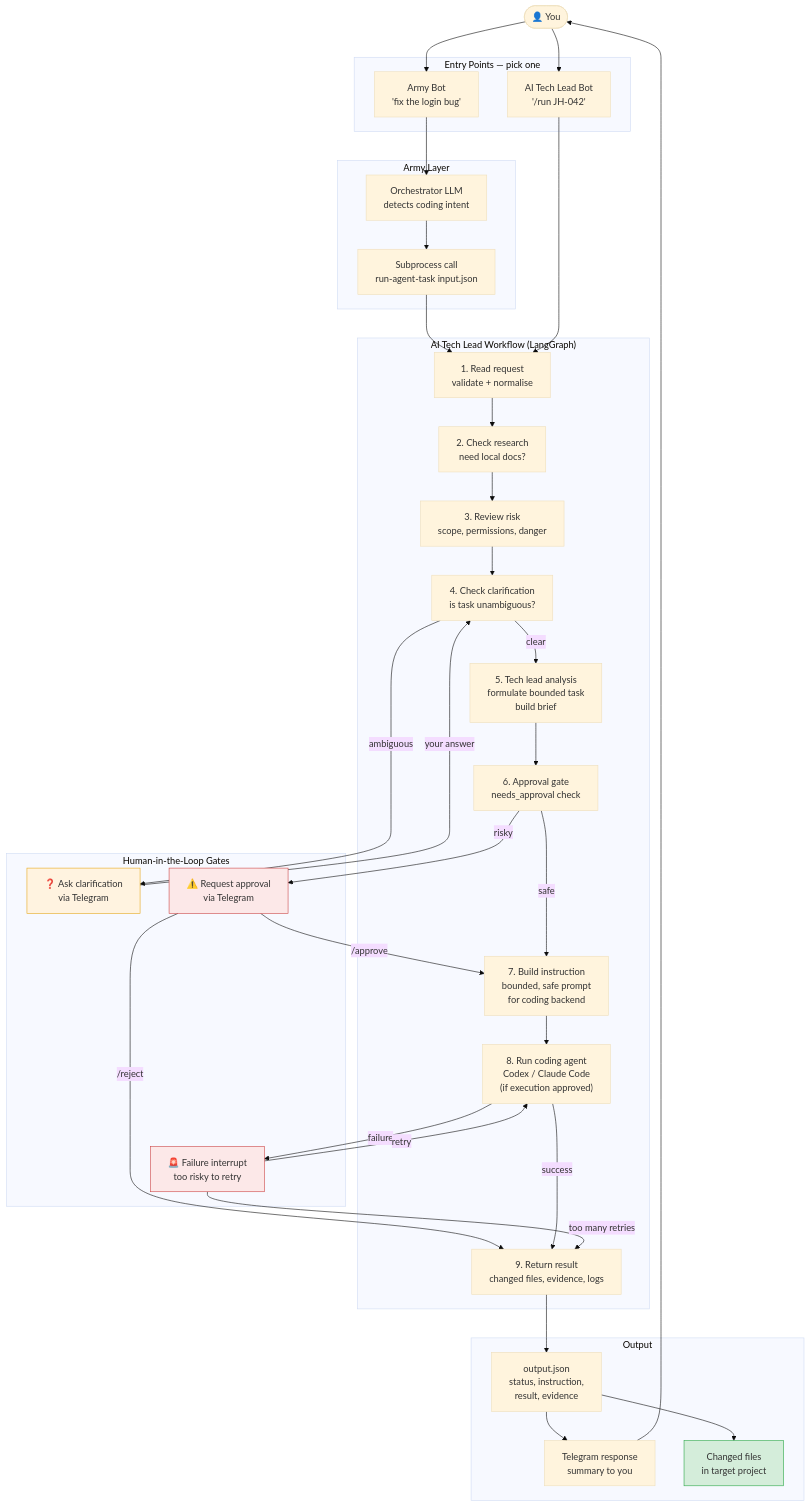
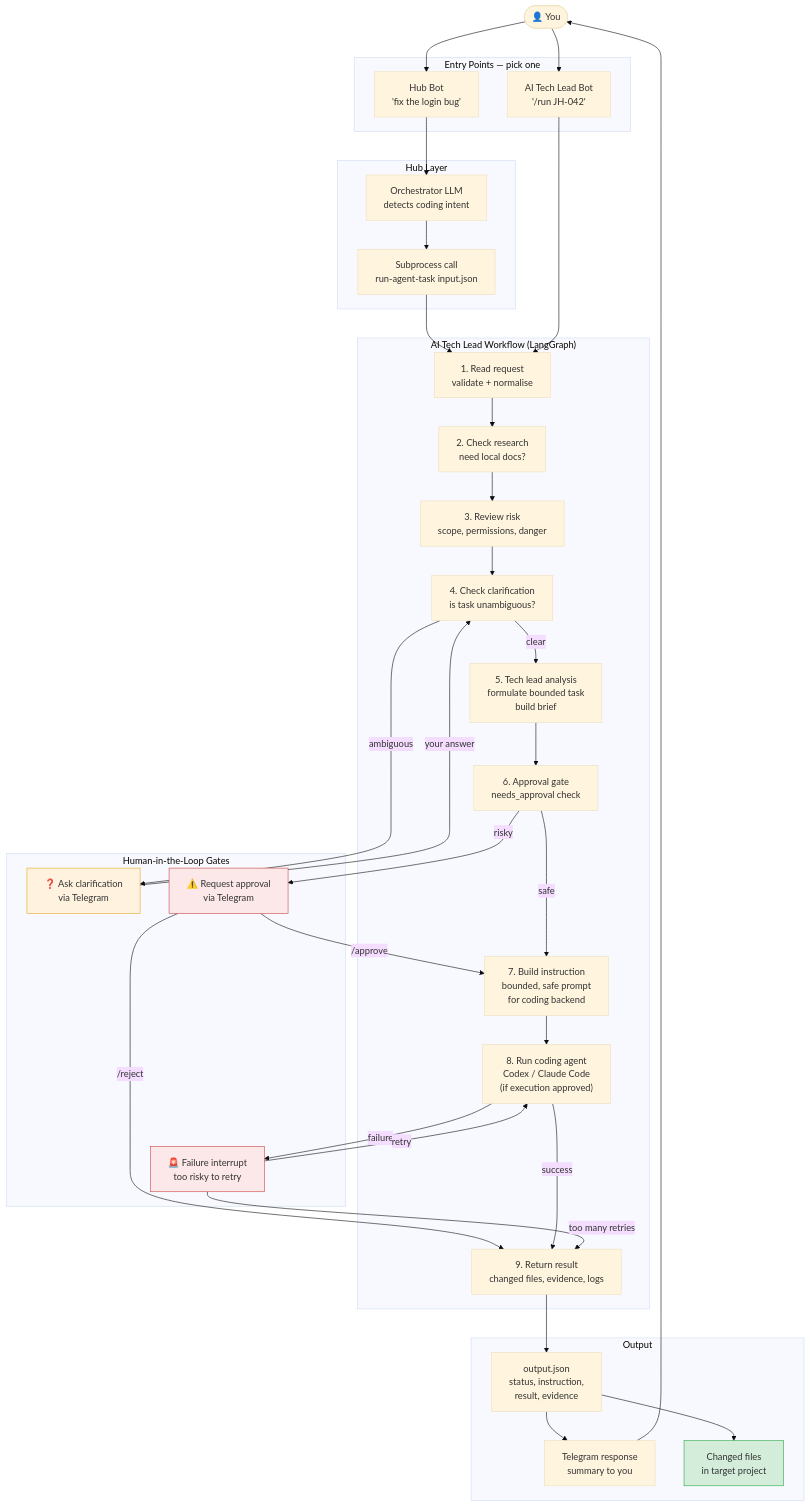
Before and after one commit to robvoto/agent-hub: the diagram in docs/diagrams/06-CODING-TASK-END-TO-END.md, drawn with Mermaid (base theme). The commit also changed 31 other files, not shown here.

````diff
--- a/docs/diagrams/06-CODING-TASK-END-TO-END.md
+++ b/docs/diagrams/06-CODING-TASK-END-TO-END.md
@@ -5,78 +5,78 @@
 ```mermaid
 flowchart TD
     You([👤 You])
 
     subgraph Entry["Entry Points — pick one"]
-        ArmyTG["Army Bot\n'fix the login bug'"]
+        HubTG["Hub Bot\n'fix the login bug'"]
         ATLTGDirect["AI Tech Lead Bot\n'/run JH-042'"]
     end
 
-    subgraph ArmyLayer["Army Layer"]
-        ArmyOrch["Orchestrator LLM\ndetects coding intent"]
+    subgraph HubLayer["Hub Layer"]
+        HubOrch["Orchestrator LLM\ndetects coding intent"]
         SubProc["Subprocess call\nrun-agent-task input.json"]
     end
 
     subgraph ATLWorkflow["AI Tech Lead Workflow (LangGraph)"]
         ReadReq["1. Read request\nvalidate + normalise"]
         Research["2. Check research\nneed local docs?"]
         Risk["3. Review risk\nscope, permissions, danger"]
         Clarify["4. Check clarification\nis task unambiguous?"]
         Analyse["5. Tech lead analysis\nformulate bounded task\nbuild brief"]
         Approval["6. Approval gate\nneeds_approval check"]
         Instruction["7. Build instruction\nbounded, safe prompt\nfor coding backend"]
         RunAgent["8. Run coding agent\nCodex / Claude Code\n(if execution approved)"]
         End["9. Return result\nchanged files, evidence, logs"]
     end
 
     subgraph HumanGates["Human-in-the-Loop Gates"]
         ClarifyQ["❓ Ask clarification\nvia Telegram"]
         ApproveQ["⚠️ Request approval\nvia Telegram"]
         FailQ["🚨 Failure interrupt\ntoo risky to retry"]
     end
 
     subgraph Output["Output"]
         JSONOut["output.json\nstatus, instruction,\nresult, evidence"]
         TGResponse["Telegram response\nsummary to you"]
         ChangedFiles["Changed files\nin target project"]
     end
 
-    You --> ArmyTG
+    You --> HubTG
     You --> ATLTGDirect
 
-    ArmyTG --> ArmyOrch
-    ArmyOrch --> SubProc
+    HubTG --> HubOrch
+    HubOrch --> SubProc
     SubProc --> ReadReq
     ATLTGDirect --> ReadReq
 
     ReadReq --> Research
     Research --> Risk
     Risk --> Clarify
 
     Clarify -->|ambiguous| ClarifyQ
     ClarifyQ -->|your answer| Clarify
 
     Clarify -->|clear| Analyse
     Analyse --> Approval
 
     Approval -->|risky| ApproveQ
     ApproveQ -->|/approve| Instruction
     ApproveQ -->|/reject| End
 
     Approval -->|safe| Instruction
     Instruction --> RunAgent
 
     RunAgent -->|success| End
     RunAgent -->|failure| FailQ
     FailQ -->|retry| RunAgent
     FailQ -->|too many retries| End
 
     End --> JSONOut
     JSONOut --> TGResponse
     JSONOut --> ChangedFiles
     TGResponse --> You
 
     style ClarifyQ fill:#fff3e0,stroke:#e6a817
     style ApproveQ fill:#fce8e8,stroke:#cc4444
     style FailQ fill:#fce8e8,stroke:#cc4444
     style ChangedFiles fill:#d4edda,stroke:#28a745
 ```
````
